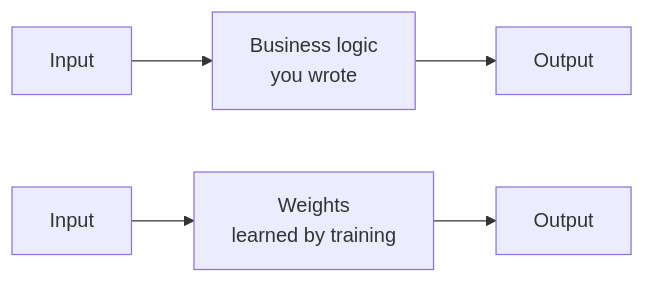
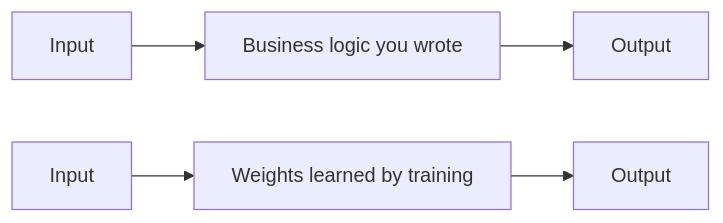
Before and after one commit to ml-cab/ml-for-java-minds: the diagram in part1/01-machine-learning-without-mystery.md, drawn with Mermaid. The commit also changed other lines of this file and 4 other files, not shown here.

````diff
--- a/part1/01-machine-learning-without-mystery.md
+++ b/part1/01-machine-learning-without-mystery.md
@@ -14,5 +14,5 @@
 ```mermaid
 flowchart LR
-    I1[Input] --> L["Business logic\nyou wrote"] --> O1[Output]
-    I2[Input] --> W["Weights\nlearned by training"] --> O2[Output]
+    I1[Input] --> L["Business logic you wrote"] --> O1[Output]
+    I2[Input] --> W["Weights learned by training"] --> O2[Output]
 ```
````
